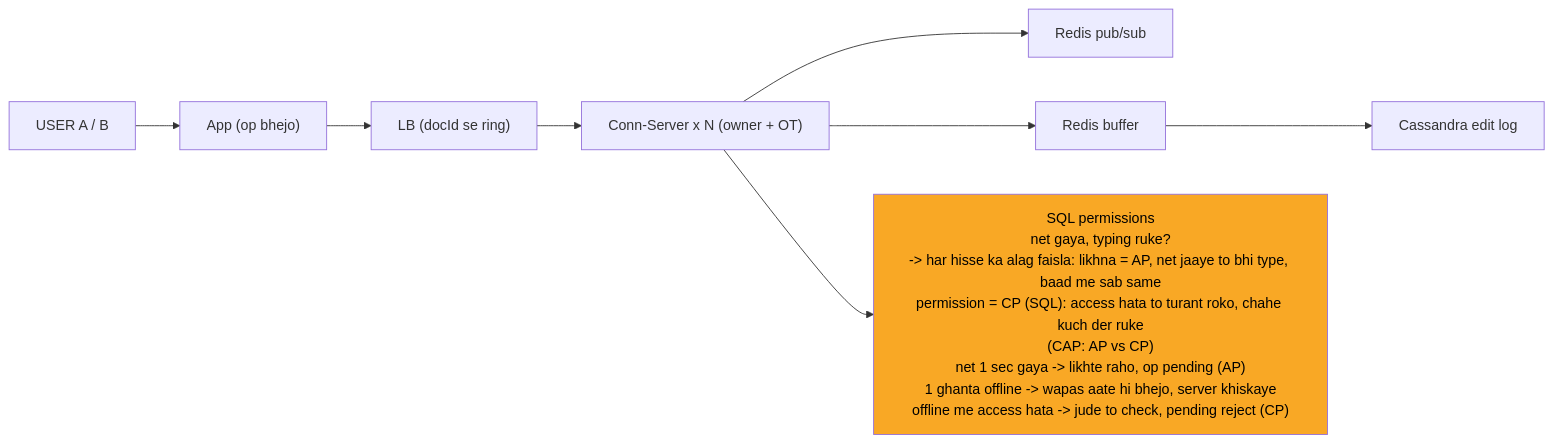
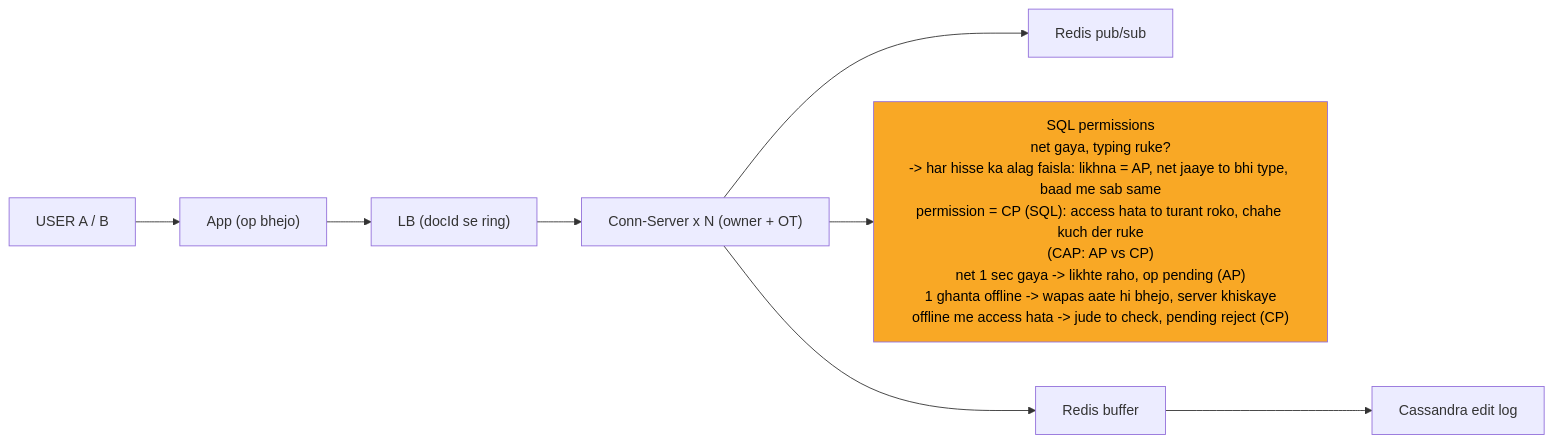
The eighth of 10 diagrams in 04_HLD/SYSTEM_DESIGNS/11_google_docs_collab/11_google_docs_collab.md (ArpanMaheshwari144/Prep), drawn with Mermaid before and after one commit. The commit also changed other lines of this file and 182 other files, not shown here.

Commit message:
hld 14 file: har diagram mermaid-cli se SVG image (source details me), n_pad hataya, render tool 04_HLD/tools

````diff
--- a/04_HLD/SYSTEM_DESIGNS/11_google_docs_collab/11_google_docs_collab.md
+++ b/04_HLD/SYSTEM_DESIGNS/11_google_docs_collab/11_google_docs_collab.md
@@ -326,23 +358,20 @@
 ```mermaid
 %%{init: {"flowchart": {"wrappingWidth": 450}}}%%
 flowchart LR
     n_USER["USER A / B"]
     n_App["App (op bhejo)"]
     n_LB["LB (docId se ring)"]
     n_Conn_Server_xN["Conn-Server x N (owner + OT)"]
     n_PS["Redis pub/sub"]
     n_SQL["SQL permissions<br/>net gaya, typing ruke?<br/>-> har hisse ka alag faisla: likhna = AP, net jaaye to bhi type, baad me sab same<br/>permission = CP (SQL): access hata to turant roko, chahe kuch der ruke<br/>(CAP: AP vs CP)<br/>net 1 sec gaya -> likhte raho, op pending (AP)<br/>1 ghanta offline -> wapas aate hi bhejo, server khiskaye<br/>offline me access hata -> jude to check, pending reject (CP)"]
     n_BUF["Redis buffer"]
     n_CAS["Cassandra edit log"]
     n_USER --> n_App
     n_App --> n_LB
     n_LB --> n_Conn_Server_xN
     n_Conn_Server_xN --> n_PS
     n_Conn_Server_xN --> n_BUF
     n_Conn_Server_xN --> n_SQL
     n_BUF --> n_CAS
-    n_pad["xxxxxxxxxxxxxxxx"]
-    n_SQL ~~~ n_pad
     style n_SQL fill:#f9a825,color:#000
-    style n_pad fill:none,stroke:none,color:#ffffff00
 ```
````
